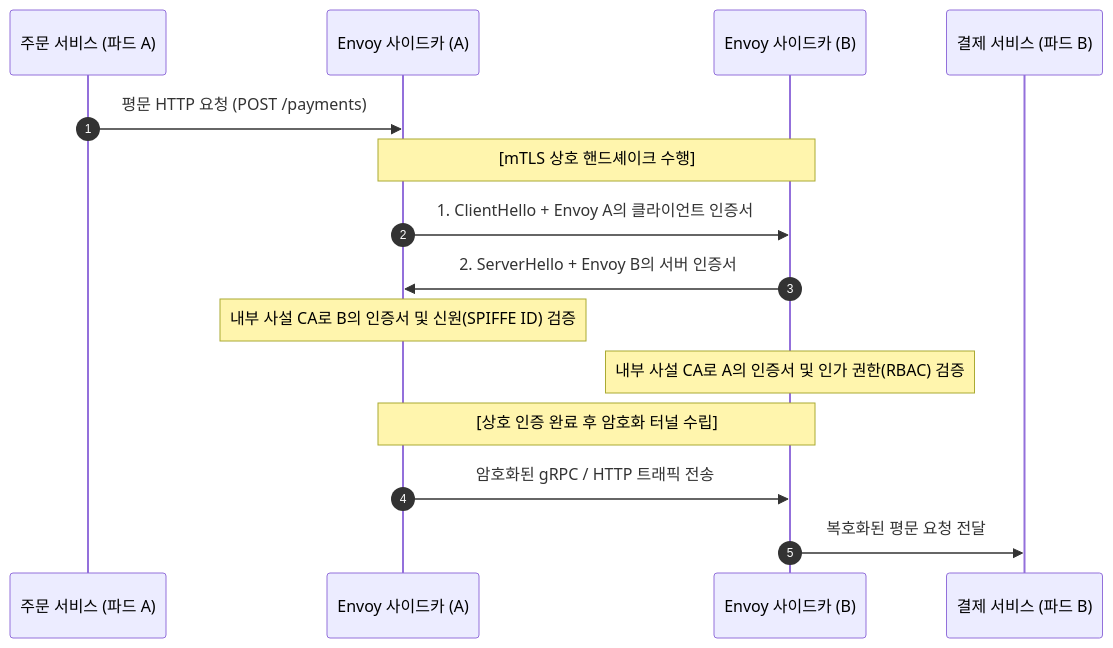
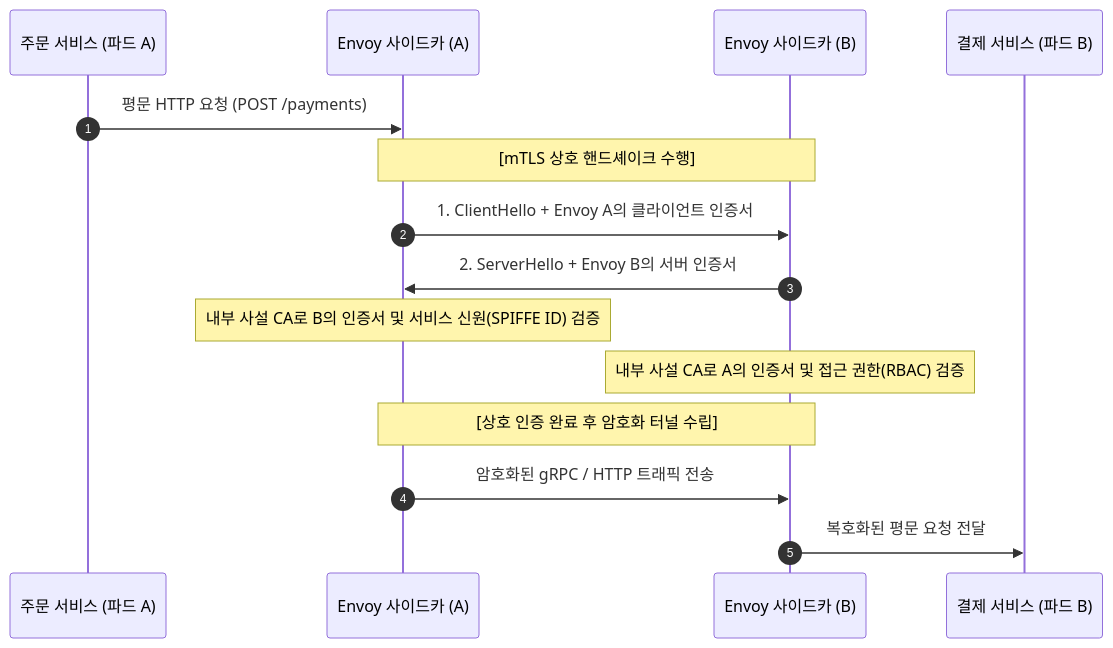
Before and after one commit to studylida/studylida.github.io: diagram 13 of 13 in src/content/posts/tls-ssl-handshake-and-https-deep-dive.md, drawn with Mermaid. The commit also changed other lines of this file and 4 other files, not shown here.

Commit message:
refactor(posts): polish phase 1 network, pydantic, and roadmap posts

````diff
--- a/src/content/posts/tls-ssl-handshake-and-https-deep-dive.md
+++ b/src/content/posts/tls-ssl-handshake-and-https-deep-dive.md
@@ -560,21 +502,21 @@
 ```mermaid
 sequenceDiagram
     autonumber
     participant Order as 주문 서비스 (파드 A)
     participant EnvoyA as Envoy 사이드카 (A)
     participant EnvoyB as Envoy 사이드카 (B)
     participant Pay as 결제 서비스 (파드 B)
 
     Order->>EnvoyA: 평문 HTTP 요청 (POST /payments)
     
     Note over EnvoyA,EnvoyB: [mTLS 상호 핸드셰이크 수행]
     EnvoyA->>EnvoyB: 1. ClientHello + Envoy A의 클라이언트 인증서
     EnvoyB->>EnvoyA: 2. ServerHello + Envoy B의 서버 인증서
     
-    Note over EnvoyA: 내부 사설 CA로 B의 인증서 및 신원(SPIFFE ID) 검증
-    Note over EnvoyB: 내부 사설 CA로 A의 인증서 및 인가 권한(RBAC) 검증
+    Note over EnvoyA: 내부 사설 CA로 B의 인증서 및 서비스 신원(SPIFFE ID) 검증
+    Note over EnvoyB: 내부 사설 CA로 A의 인증서 및 접근 권한(RBAC) 검증
 
     Note over EnvoyA,EnvoyB: [상호 인증 완료 후 암호화 터널 수립]
     EnvoyA->>EnvoyB: 암호화된 gRPC / HTTP 트래픽 전송
     EnvoyB->>Pay: 복호화된 평문 요청 전달
 ```
````
